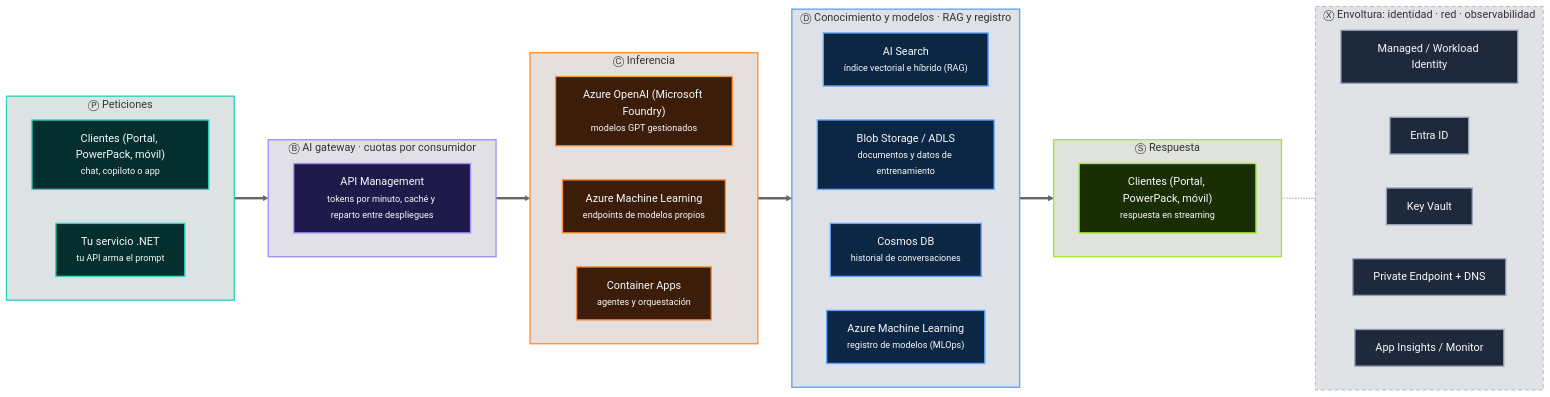
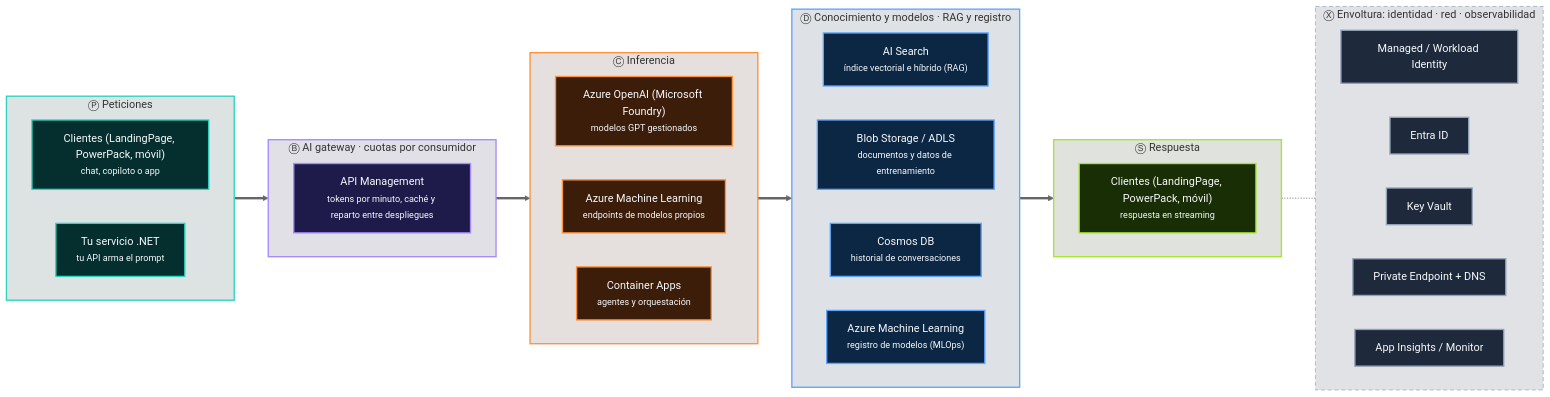
One commit to CristianSifuentes/QuickTheoryNET changed diagram 12 of 13 in docs/11-trece-arquitecturas-como-frases.md. Above: the diagram before and after it, drawn with Mermaid (neutral theme). The commit also changed other lines of this file and 23 other files, not shown here.

First line of the commit message:
Rename the Portal project to LandingPage

````diff
--- a/docs/11-trece-arquitecturas-como-frases.md
+++ b/docs/11-trece-arquitecturas-como-frases.md
@@ -1128,54 +1128,54 @@
 ```mermaid
 flowchart LR
     subgraph L0["Ⓟ Peticiones"]
         direction LR
-        L0_0["Clientes (Portal, PowerPack, móvil)<br/><small>chat, copiloto o app</small>"]:::P
+        L0_0["Clientes (LandingPage, PowerPack, móvil)<br/><small>chat, copiloto o app</small>"]:::P
         L0_1["Tu servicio .NET<br/><small>tu API arma el prompt</small>"]:::P
     end
     style L0 fill:#042F2E22,stroke:#2DD4BF,stroke-width:2px
     subgraph L1["Ⓑ AI gateway · cuotas por consumidor"]
         direction LR
         L1_0["API Management<br/><small>tokens por minuto, caché y reparto entre despliegues</small>"]:::B
     end
     style L1 fill:#1E1B4B22,stroke:#A78BFA,stroke-width:2px
     subgraph L2["Ⓒ Inferencia"]
         direction LR
         L2_0["Azure OpenAI (Microsoft Foundry)<br/><small>modelos GPT gestionados</small>"]:::C
         L2_1["Azure Machine Learning<br/><small>endpoints de modelos propios</small>"]:::C
         L2_2["Container Apps<br/><small>agentes y orquestación</small>"]:::C
     end
     style L2 fill:#3B1D0A22,stroke:#FB923C,stroke-width:2px
     subgraph L3["Ⓓ Conocimiento y modelos · RAG y registro"]
         direction LR
         L3_0["AI Search<br/><small>índice vectorial e híbrido (RAG)</small>"]:::D
         L3_1["Blob Storage / ADLS<br/><small>documentos y datos de entrenamiento</small>"]:::D
         L3_2["Cosmos DB<br/><small>historial de conversaciones</small>"]:::D
         L3_3["Azure Machine Learning<br/><small>registro de modelos (MLOps)</small>"]:::D
     end
     style L3 fill:#0C274422,stroke:#60A5FA,stroke-width:2px
     subgraph L4["Ⓢ Respuesta"]
         direction LR
-        L4_0["Clientes (Portal, PowerPack, móvil)<br/><small>respuesta en streaming</small>"]:::S
+        L4_0["Clientes (LandingPage, PowerPack, móvil)<br/><small>respuesta en streaming</small>"]:::S
     end
     style L4 fill:#1A2E0522,stroke:#A3E635,stroke-width:2px
     L0 ==> L1
     L1 ==> L2
     L2 ==> L3
     L3 ==> L4
     subgraph XX["Ⓧ Envoltura: identidad · red · observabilidad"]
         direction LR
         X0["Managed / Workload Identity"]:::X
         X1["Entra ID"]:::X
         X2["Key Vault"]:::X
         X3["Private Endpoint + DNS"]:::X
         X4["App Insights / Monitor"]:::X
     end
     style XX fill:#1E293B22,stroke:#94A3B8,stroke-dasharray:6 4
     L4 -.- XX
     classDef P fill:#042F2E,stroke:#2DD4BF,color:#F8FAFC,stroke-width:2px
     classDef B fill:#1E1B4B,stroke:#A78BFA,color:#F8FAFC,stroke-width:2px
     classDef C fill:#3B1D0A,stroke:#FB923C,color:#F8FAFC,stroke-width:2px
     classDef D fill:#0C2744,stroke:#60A5FA,color:#F8FAFC,stroke-width:2px
     classDef S fill:#1A2E05,stroke:#A3E635,color:#F8FAFC,stroke-width:2px
     classDef X fill:#1E293B,stroke:#94A3B8,color:#F8FAFC,stroke-width:2px
 ```
````
